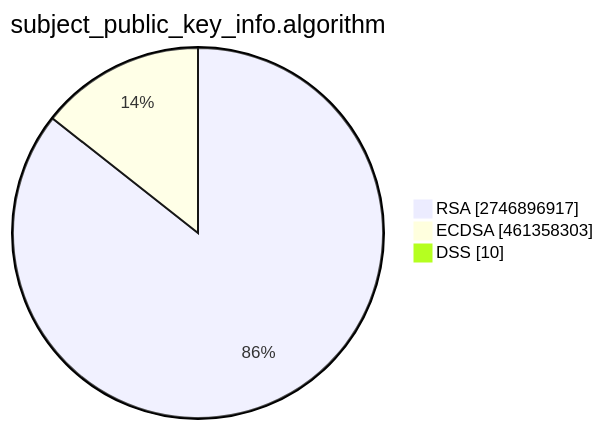
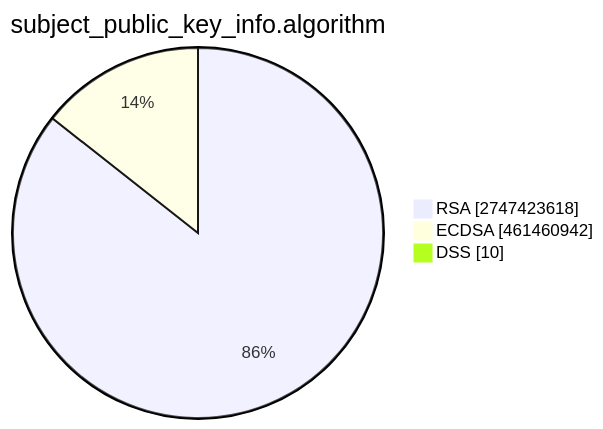
Before and after one commit to christiankrug/ctmonitor_visualization: the second of 15 diagrams in TOTAL/README.md, drawn with Mermaid. The commit also changed other lines of this file, not shown here.

````diff
--- a/TOTAL/README.md
+++ b/TOTAL/README.md
@@ -6,7 +6,7 @@
 ```mermaid
 pie showData
 title subject_public_key_info.algorithm
-"RSA" :2746896917
-"ECDSA" :461358303
+"RSA" :2747423618
+"ECDSA" :461460942
 "DSS" :10
 ```
````
